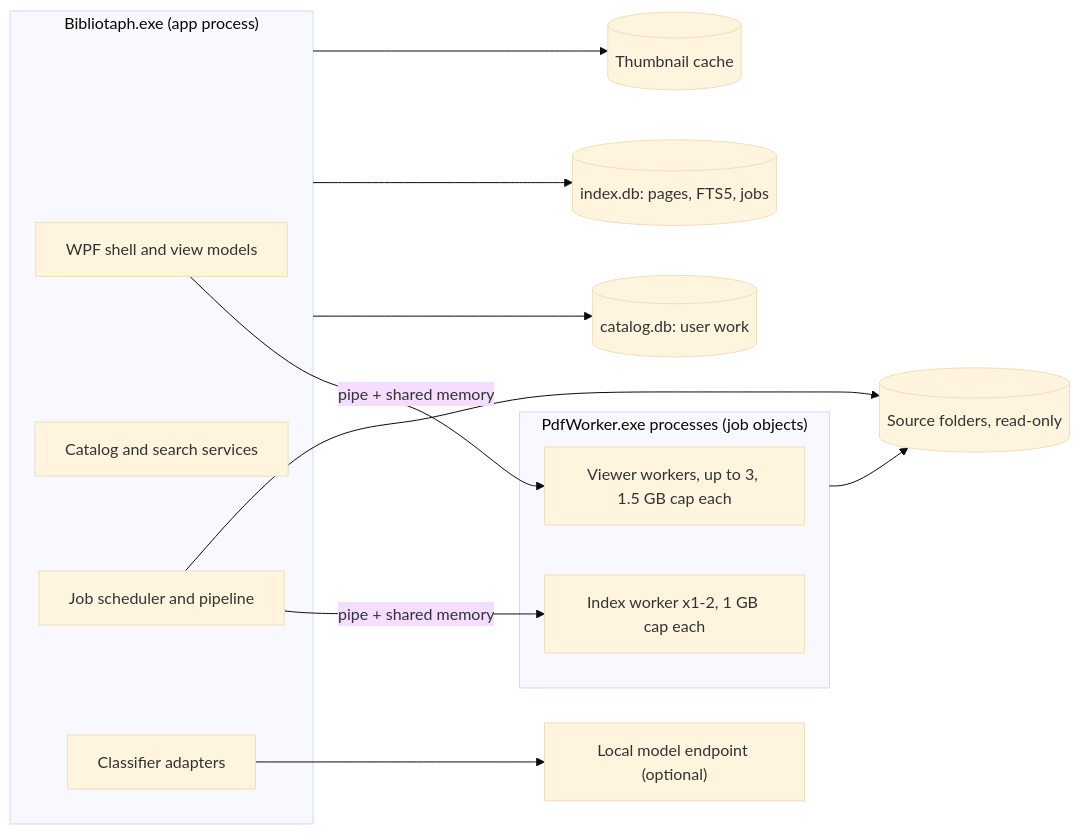
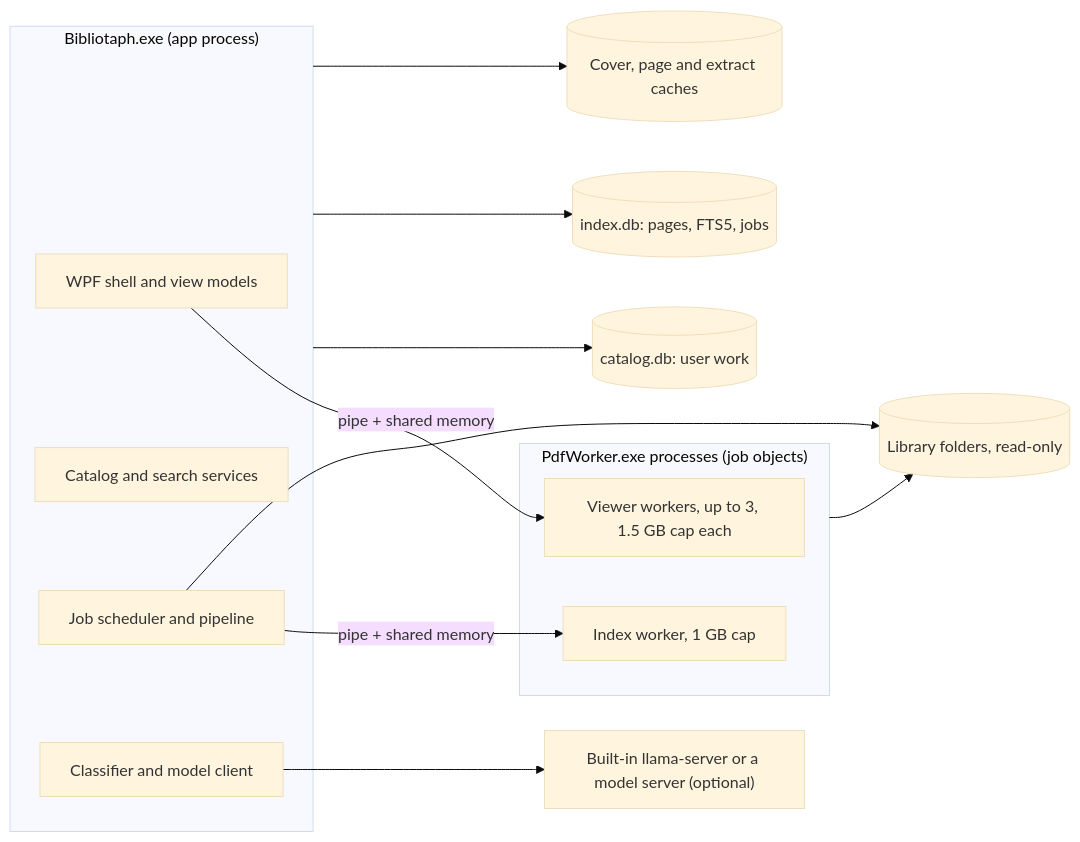
Before and after one commit to munkycdev/bibliotaph: the diagram in docs/architecture.md, drawn with Mermaid (base theme). The commit also changed other lines of this file and 15 other files, not shown here.

````diff
--- a/docs/architecture.md
+++ b/docs/architecture.md
@@ -28,21 +9,21 @@
 ```mermaid
 flowchart LR
   subgraph App["Bibliotaph.exe (app process)"]
     Shell["WPF shell and view models"]
     Services["Catalog and search services"]
     Scheduler["Job scheduler and pipeline"]
-    Classifier["Classifier adapters"]
+    Classifier["Classifier and model client"]
   end
   subgraph Workers["PdfWorker.exe processes (job objects)"]
     Viewer["Viewer workers, up to 3, 1.5 GB cap each"]
-    Indexer["Index worker x1-2, 1 GB cap each"]
+    Indexer["Index worker, 1 GB cap"]
   end
   Shell -->|pipe + shared memory| Viewer
   Scheduler -->|pipe + shared memory| Indexer
-  Classifier --> AI["Local model endpoint (optional)"]
+  Classifier --> AI["Built-in llama-server or a model server (optional)"]
   App --> Catalog[("catalog.db: user work")]
   App --> Index[("index.db: pages, FTS5, jobs")]
-  App --> Cache[("Thumbnail cache")]
-  Workers --> Sources[("Source folders, read-only")]
+  App --> Cache[("Cover, page and extract caches")]
+  Workers --> Sources[("Library folders, read-only")]
   Scheduler --> Sources
 ```
````
